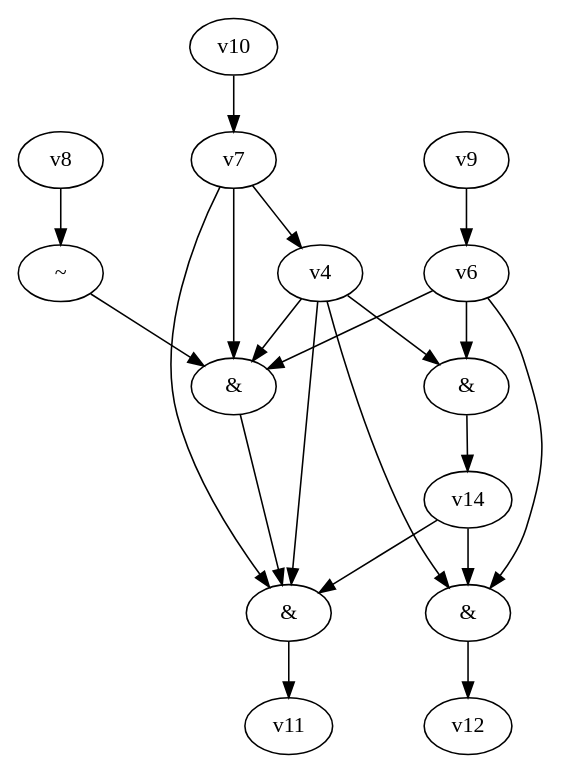
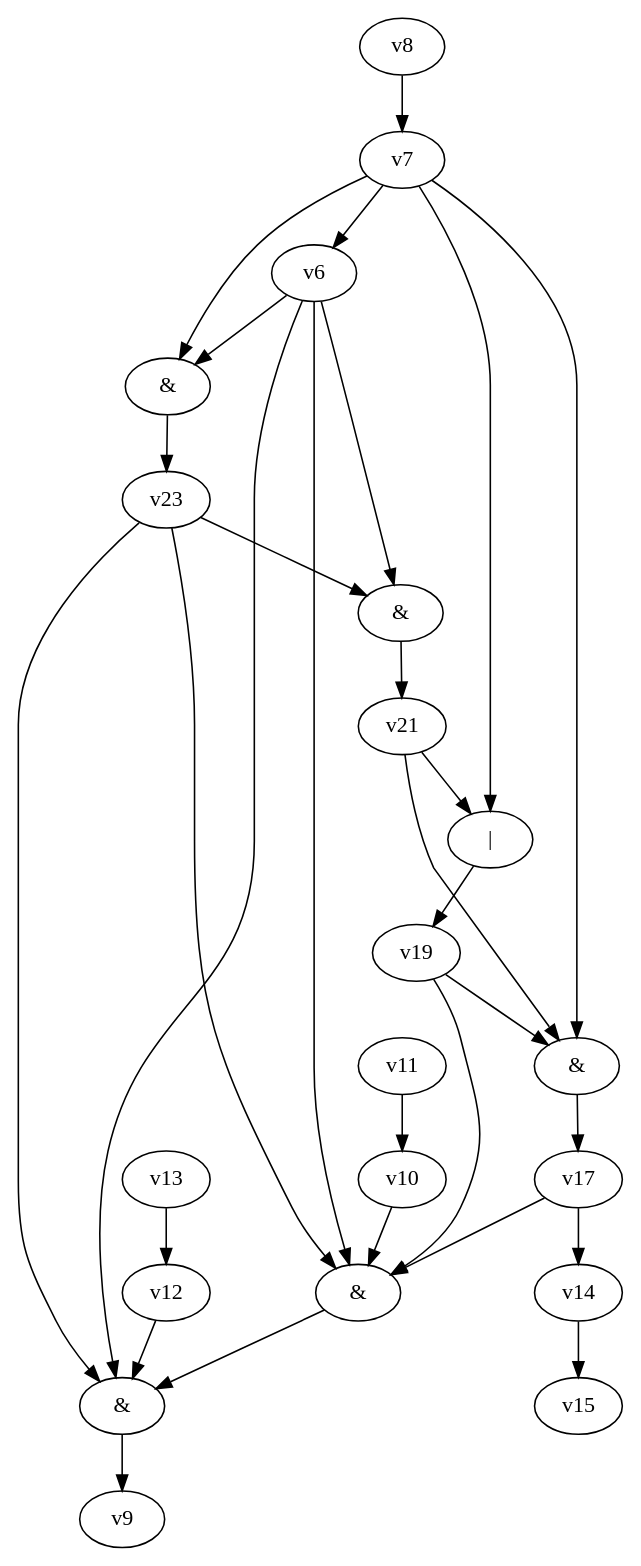
The diagram in dot_files/random_bool_circ.dot (yadej/graph_project), drawn with Graphviz before and after one commit. The commit also changed 3 other files, not shown here.

```diff
--- a/dot_files/random_bool_circ.dot
+++ b/dot_files/random_bool_circ.dot
@@ -1,26 +1,33 @@
 digraph G { 
 v0 [label="&"]; 
 v1 [label="&"]; 
-v3 [label="&"]; 
-v5 [label="~"]; 
-v13 [label="&"]; 
-v0 -> v11;
-v1 -> v12;
-v3 -> v0;
-v4 -> v0;
-v4 -> v1;
-v4 -> v3;
-v4 -> v13 -> v14;
-v5 -> v3;
+v16 [label="&"]; 
+v18 [label="|"]; 
+v20 [label="&"]; 
+v22 [label="&"]; 
+v0 -> v9;
+v1 -> v0;
+v6 -> v0;
 v6 -> v1;
-v6 -> v3;
-v6 -> v13;
-v7 -> v0;
-v7 -> v3;
-v7 -> v4;
-v8 -> v5;
-v9 -> v6;
-v10 -> v7;
-v14 -> v0;
-v14 -> v1;
+v6 -> v20 -> v21;
+v6 -> v22 -> v23;
+v7 -> v6;
+v7 -> v16 -> v17;
+v7 -> v18 -> v19;
+v7 -> v22;
+v8 -> v7;
+v10 -> v1;
+v11 -> v10;
+v12 -> v0;
+v13 -> v12;
+v14 -> v15;
+v17 -> v1;
+v17 -> v14;
+v19 -> v1;
+v19 -> v16;
+v21 -> v16;
+v21 -> v18;
+v23 -> v0;
+v23 -> v1;
+v23 -> v20;
 }
```
